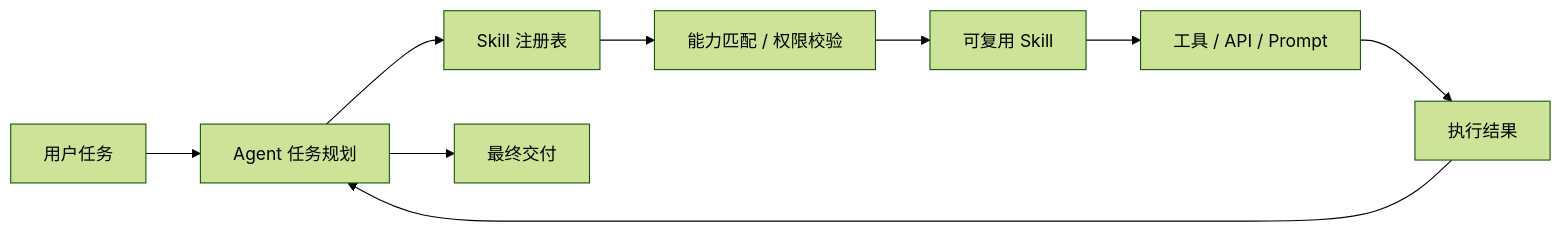
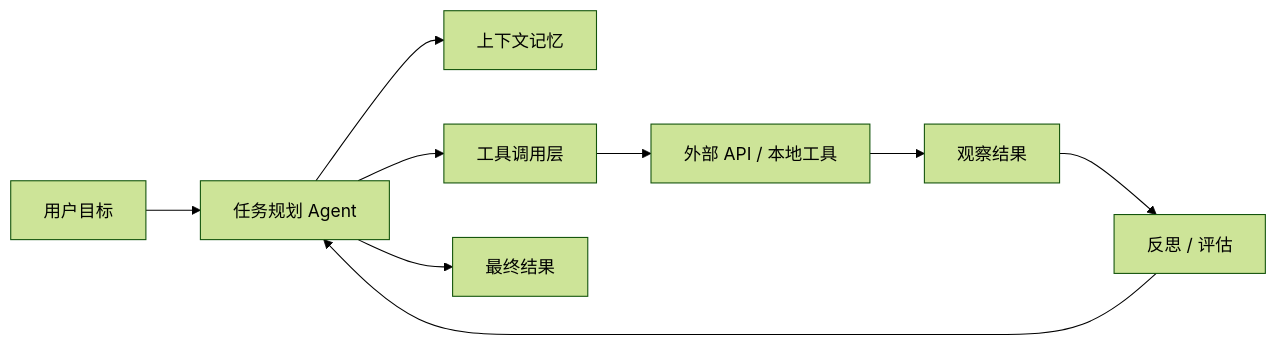
Before and after one commit to Lingwangla/github_trend: the second of 5 diagrams in TRENDING.md, drawn with Mermaid (forest theme). The commit also changed other lines of this file and 2 other files, not shown here.

````diff
--- a/TRENDING.md
+++ b/TRENDING.md
@@ -114,11 +72,11 @@
 ```mermaid
 flowchart LR
-    User[用户任务] --> Planner[Agent 任务规划]
-    Planner --> Registry[Skill 注册表]
-    Registry --> Select[能力匹配 / 权限校验]
-    Select --> Skill[可复用 Skill]
-    Skill --> Tool[工具 / API / Prompt]
-    Tool --> Observation[执行结果]
-    Observation --> Planner
-    Planner --> Output[最终交付]
+    User[用户目标] --> Planner[任务规划 Agent]
+    Planner --> Memory[上下文记忆]
+    Planner --> Tools[工具调用层]
+    Tools --> APIs[外部 API / 本地工具]
+    APIs --> Observation[观察结果]
+    Observation --> Critic[反思 / 评估]
+    Critic --> Planner
+    Planner --> Deliverable[最终结果]
 ```
````
